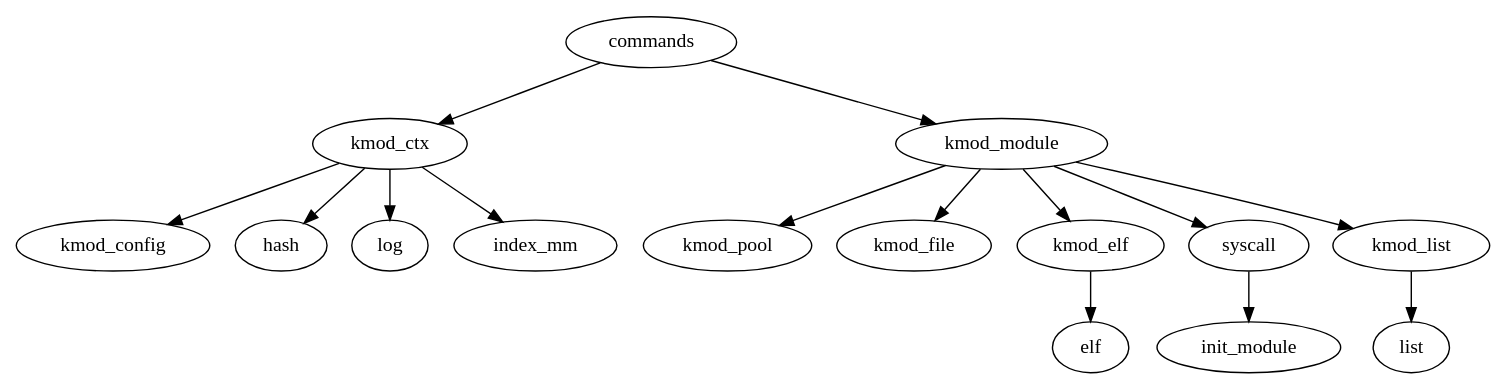
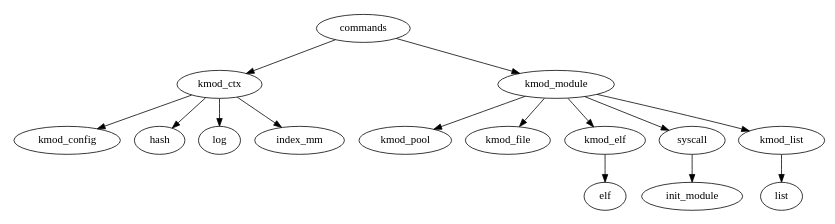
The diagram in pdf/figures/sys.dot (limingth/comment-subs), drawn with Graphviz before and after one commit. The commit also changed 38 other files, not shown here.

```diff
--- a/pdf/figures/sys.dot
+++ b/pdf/figures/sys.dot
@@ -1,23 +1,25 @@
 digraph G {
+
+	size="8, 8";  
 
 	commands -> kmod_ctx;
 	commands -> kmod_module;
 
 	kmod_ctx -> kmod_config;
 	kmod_ctx -> hash;
 	kmod_ctx -> log;
 	kmod_ctx -> index_mm;
 
 	kmod_module -> kmod_pool;
 	kmod_module -> kmod_file;
 	kmod_module -> kmod_elf;
 	kmod_module -> syscall;
 
 	syscall -> init_module;
 
 	kmod_module -> kmod_list;
 
 	kmod_elf -> elf;
 	kmod_list -> list;
 
 }
```
